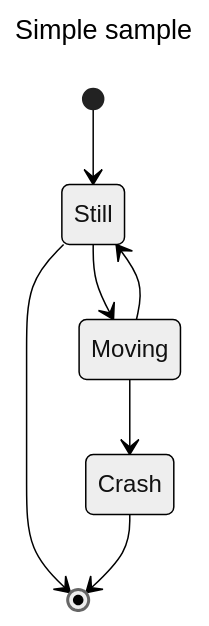
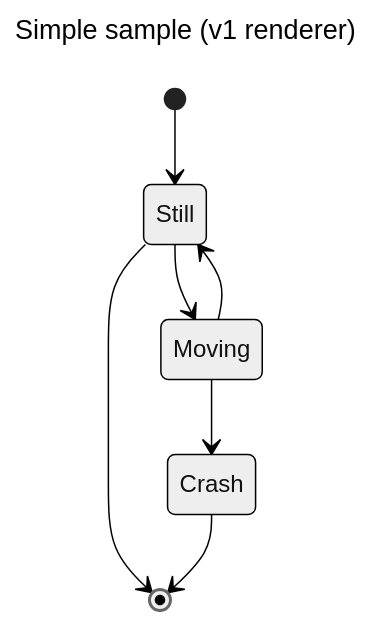
One commit to camalot/drjekyll-action changed the third of 4 diagrams in docs/_includes/mermaid/stateDiagram.md. Above: the diagram before and after it, drawn with Mermaid (neutral theme). The commit also changed other lines of this file, not shown here.

Commit message:
fix: fix render for statediagram

````diff
--- a/docs/_includes/mermaid/stateDiagram.md
+++ b/docs/_includes/mermaid/stateDiagram.md
@@ -41,13 +41,13 @@
 ```mermaid
 ---
-title: Simple sample
+title: Simple sample (v1 renderer)
 ---
 stateDiagram
     [*] --> Still
     Still --> [*]
 
     Still --> Moving
     Moving --> Still
     Moving --> Crash
     Crash --> [*]
 ```
````
